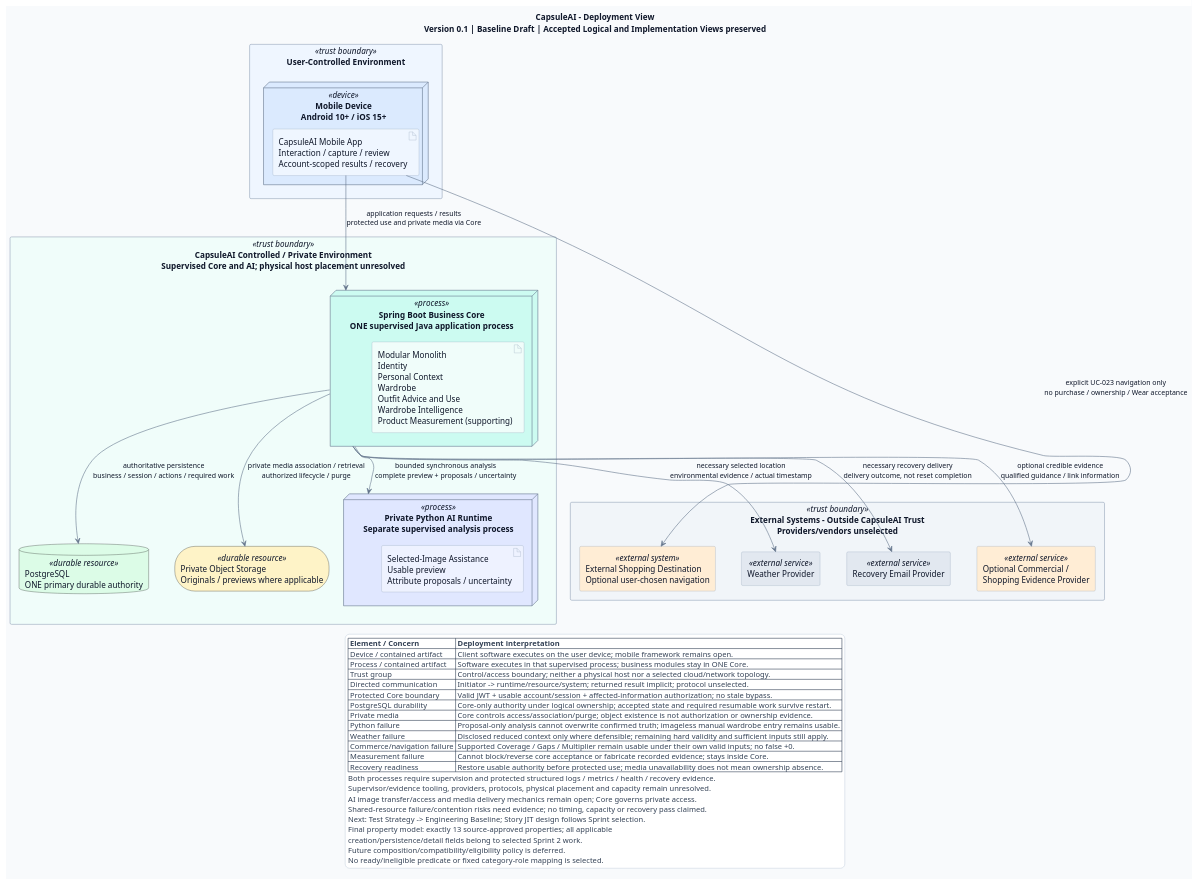
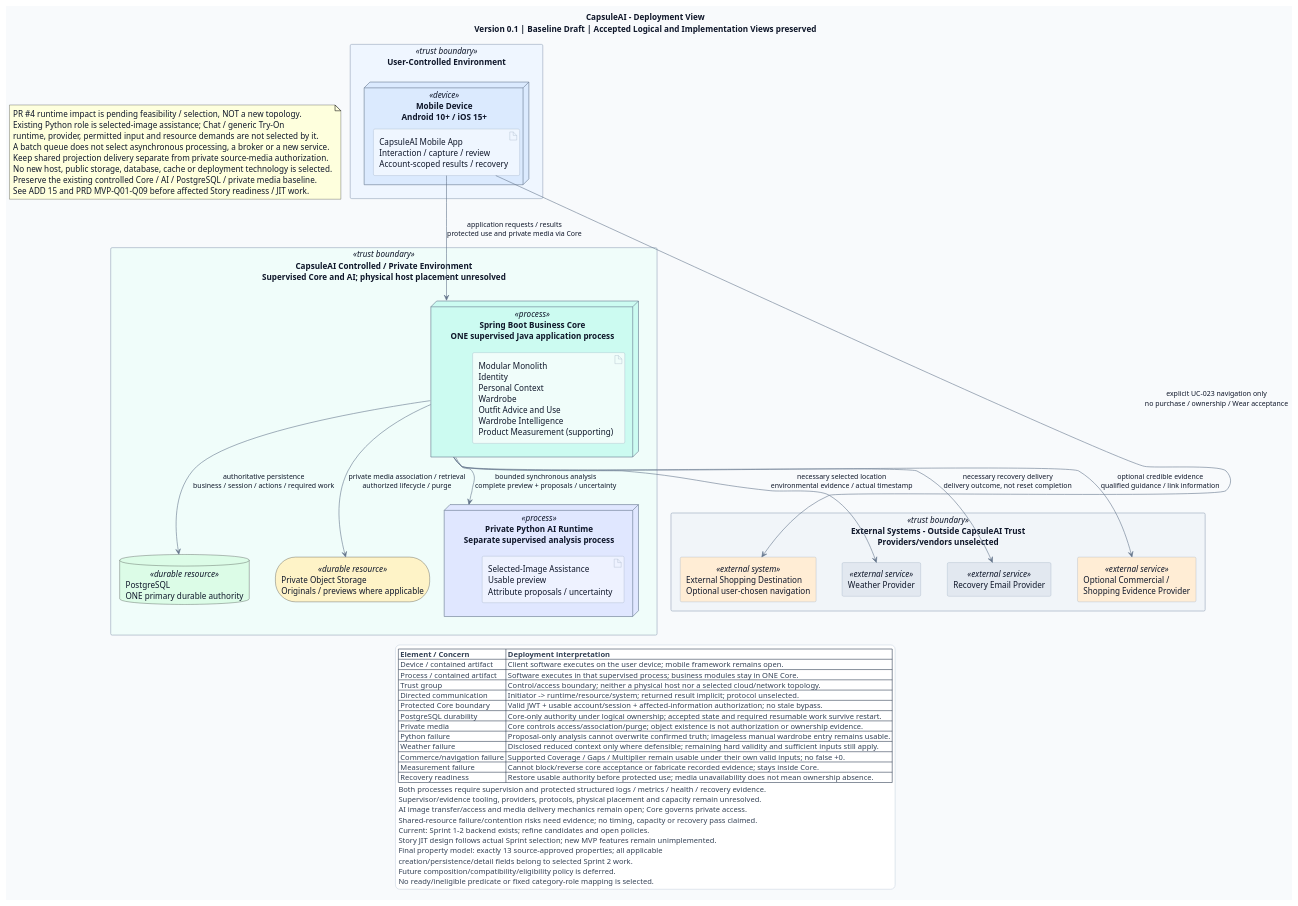
The diagram in docs/04-architecture/views/deployment-view.puml (luubinhdeptrai/CapsuleAI), drawn with PlantUML before and after one commit. The commit also changed 89 other files, not shown here.

```diff
--- a/docs/04-architecture/views/deployment-view.puml
+++ b/docs/04-architecture/views/deployment-view.puml
@@ -1,153 +1,167 @@
 @startuml
+' 2026-11-09: PR #4 / DD-007 impact; approved capability scope, new allocation unselected.
+' See ADD Section 15 and PRD MVP-Q01-Q10; existing selected modules/runtime/store choices preserved.
 ' Product update 2026-11-05: Initial files/Image to Properties Extraction.md is property authority.
 ' No owner/boundary/deployment selection changes; eligibility policy is deferred.
 ' Artifact: CapsuleAI Deployment View
 ' Version: 0.1; Status: Baseline Draft; Date: 2026-10-11
 ' Primary Sources: ADD v0.1.2, Selected Architecture Decisions v0.1.3 (ADA-001-018 Selected),
 ' approved Logical View v0.1 and approved Implementation View v0.1.
 ' Human acceptance of both existing views is explicit in this Deployment View task.
 ' Source versions are authoring inputs; subsequent navigation-only patches preserve meaning.
 ' Navigation update only, 2026-10-11: all three preceding views human-accepted; Data v0.1 exists.
 ' Runtime/resources/trust boundaries unchanged; 2026-10-20 handoff: Test Strategy, then Engineering Baseline.
 ' Process: Initial files/CapsuleAI_Scrum_Development_Workflow.md, Sections 23/39-43/46.
 ' Scope: runtime processes, deployment nodes, durable resources, external systems, communication
 ' and trust boundaries. Controlled environment denotes control, not a physical host or cloud.
 ' Not Scope: physical schema, exact cloud topology, infrastructure-as-code, network configuration,
 ' source-code internals, detailed sequences/states, provider contracts or a Data View.
 ' Repository inspection: 68 existing documentation/reference files; no source/build/config baseline.
 ' Current requirements: BRD v0.3, PRD v0.2, SRS v0.3, Business Rules v0.1.2;
 ' master Use Case Diagram, all 23 UC specifications and 12 Activity Diagrams.
 ' QA/ASR/ADA/ADD, Scrum sources and historical/reference context were re-read;
 ' complete current Implementation View re-read immediately before drawing; no owner redesign.
 '
 ' Traceability: Core/PG authority -> ADA-001/002/003/008/009/016; ASR-SEC-001, REL-001/002.
 ' AI/media -> ADA-004/005/007/012/013; ASR-PERF-001, SEC-002, INT-001; UC-007/010.
 ' Providers/navigation -> ADA-006/010/018; ASR-INT-001; UC-004/006/021-023, SI-002-004.
 ' Supervision/protected evidence -> ADA-013/014; ASR-REL-002/TEST-001; QA-REL-03/SUP-01.
 ' Internal boundaries remain those accepted in Logical/Implementation Views (ADA-015-018).
 '
 ' Validation evidence remains required, not achieved by this view (SRS Sections 2.3/12.3):
 ' NFR-PERF-001: p95 <=5 s from accepted post-transfer analysis to BOTH usable preview/proposals;
 ' include actual core/AI/media/result overhead, exclude initial upload and user review time.
 ' NFR-PERF-002: p95 <3 s from accepted request with context to FIRST COMPLETE daily result,
 ' exactly 100 confirmed garments; evaluation runs in Core using current authoritative inputs.
 ' NFR-TEST-003: 5 warm-ups, >=100 measured runs, legitimate slow runs retained, reference
 ' device/network/environment recorded. NFR-SCA-002: 20 active users is separate integrity evidence.
 ' NFR-REL-003: restore authorized core operation <=5 minutes after recoverable validation restart,
 ' accepted state intact and applicable fallbacks available; no production SLA, disaster RPO or pass.
 ' No timeout is inferred from a p95 target; numeric AI waiting policy remains downstream.
 '
 ' PostgreSQL tracks restart-surviving required owner work: association/physical deletion/retention/
 ' recovery where applicable. Local in-memory events/timers and optional measurement are insufficient.
 ' Immediate effective withdrawal is distinct from later physical purge (DATA-RET-001-003).
 ' Applicable copies/versions follow the same lifecycle; exact work scheduling/retry remains open.
 ' PG and private media are separate durable resources; no cross-resource atomicity is claimed.
 ' Python has no direct confirmed business-state or PG access; analysis never confirms a garment.
 ' AI image transfer/access and temporary authorized media delivery mechanics remain unresolved;
 ' therefore there is no direct AI or Mobile -> Object Storage path in this baseline.
 '
 ' Commercial evidence and External Shopping Destination are distinct external roles, possibly
 ' supplied by the same system; this does not require two vendors or new shopping integration.
 ' Core qualifies available evidence/link information; Mobile carries the explicit UC-023 handoff.
 ' The navigation arrow allocates client interaction, not a browser/deep-link/redirect mechanism.
 ' No purchase/ownership/Wear acceptance or unrelated private-data disclosure follows navigation.
 ' Weather acquisition retains UC-006 authority; consuming assessments use its resulting context.
 ' Personal selected-image assistance is purpose-limited; no MVP personal-data training/improvement.
 '
 ' Open: physical hosts/counts/co-location, resource sizing/model compute, runtime versions,
 ' providers/hosting, process supervisor, protocols/ports, AI image transfer, media delivery,
 ' operating evidence tooling, durable-work/recovery mechanics; resolve from actual evidence.
 ' Process separation establishes neither host separation nor immunity to shared-resource failure.
 ' No dedicated cache, broker, independently deployed business modules or cloud platform is added.
 ' Notation checked against official PlantUML documentation via Context7, 2026-10-11:
 ' https://plantuml.com/deployment-diagram and https://plantuml.com/command-line
 
 title CapsuleAI - Deployment View\nVersion 0.1 | Baseline Draft | Accepted Logical and Implementation Views preserved
 top to bottom direction
 skinparam backgroundColor #F8FAFC
 skinparam shadowing false
 skinparam defaultFontSize 14
 skinparam ArrowFontSize 12
 skinparam defaultFontColor #0F172A
 skinparam ArrowColor #64748B
 skinparam nodesep 45
 skinparam ranksep 65
 skinparam rectangle {
   BorderColor #94A3B8
   FontColor #0F172A
 }
 skinparam node {
   BorderColor #64748B
   FontColor #0F172A
 }
 skinparam artifact {
   BorderColor #94A3B8
   FontColor #0F172A
 }
 skinparam legend {
   BackgroundColor #FFFFFF
   BorderColor #CBD5E1
   FontColor #334155
   FontSize 13
 }
 
 rectangle "User-Controlled Environment" as UserBoundary <<trust boundary>> #EFF6FF {
     node "Mobile Device\nAndroid 10+ / iOS 15+" as Device <<device>> #DBEAFE {
         artifact "CapsuleAI Mobile App\nInteraction / capture / review\nAccount-scoped results / recovery" as Mobile #EFF6FF
     }
 }
 
 rectangle "CapsuleAI Controlled / Private Environment\nSupervised Core and AI; physical host placement unresolved" as PrivateBoundary <<trust boundary>> #F0FDFA {
     node "Spring Boot Business Core\nONE supervised Java application process" as Core <<process>> #CCFBF1 {
         artifact "Modular Monolith\nIdentity\nPersonal Context\nWardrobe\nOutfit Advice and Use\nWardrobe Intelligence\nProduct Measurement (supporting)" as BusinessApp #F0FDFA
     }
     node "Private Python AI Runtime\nSeparate supervised analysis process" as AI <<process>> #E0E7FF {
         artifact "Selected-Image Assistance\nUsable preview\nAttribute proposals / uncertainty" as Analysis #EEF2FF
     }
     database "PostgreSQL\nONE primary durable authority" as DB <<durable resource>> #DCFCE7
     storage "Private Object Storage\nOriginals / previews where applicable" as Media <<durable resource>> #FEF3C7
 }
 
 rectangle "External Systems - Outside CapsuleAI Trust\nProviders/vendors unselected" as ExternalBoundary <<trust boundary>> #F1F5F9 {
     rectangle "Weather Provider" as Weather <<external service>> #E2E8F0
     rectangle "Recovery Email Provider" as Email <<external service>> #E2E8F0
     rectangle "Optional Commercial /\nShopping Evidence Provider" as Commerce <<external service>> #FFEDD5
     rectangle "External Shopping Destination\nOptional user-chosen navigation" as Destination <<external system>> #FFEDD5
 }
 
 ' Communication arrows show initiation direction; returned evidence/results are implicit.
 ' Registration/login/recovery also use Mobile-Core; JWT/session/ownership gates protected use.
 Mobile --> Core : application requests / results\nprotected use and private media via Core
 Core --> AI : bounded synchronous analysis\ncomplete preview + proposals / uncertainty
 Core --> DB : authoritative persistence\nbusiness / session / actions / required work
 Core --> Media : private media association / retrieval\nauthorized lifecycle / purge
 Core --> Weather : necessary selected location\nenvironmental evidence / actual timestamp
 Core --> Email : necessary recovery delivery\ndelivery outcome, not reset completion
 Core --> Commerce : optional credible evidence\nqualified guidance / link information
 Mobile -[norank]-> Destination : explicit UC-023 navigation only\nno purchase / ownership / Wear acceptance
 
+note as MVPImpact
+  PR #4 runtime impact is pending feasibility / selection, NOT a new topology.
+  Existing Python role is selected-image assistance; Chat / generic Try-On
+  runtime, provider, permitted input and resource demands are not selected by it.
+  A batch queue does not select asynchronous processing, a broker or a new service.
+  Keep shared projection delivery separate from private source-media authorization.
+  No new host, public storage, database, cache or deployment technology is selected.
+  Preserve the existing controlled Core / AI / PostgreSQL / private media baseline.
+  See ADD 15 and PRD MVP-Q01-Q09 before affected Story readiness / JIT work.
+end note
+
 legend bottom
   |= Element / Concern |= Deployment interpretation |
   | Device / contained artifact | Client software executes on the user device; mobile framework remains open. |
   | Process / contained artifact | Software executes in that supervised process; business modules stay in ONE Core. |
   | Trust group | Control/access boundary; neither a physical host nor a selected cloud/network topology. |
   | Directed communication | Initiator -> runtime/resource/system; returned result implicit; protocol unselected. |
   | Protected Core boundary | Valid JWT + usable account/session + affected-information authorization; no stale bypass. |
   | PostgreSQL durability | Core-only authority under logical ownership; accepted state and required resumable work survive restart. |
   | Private media | Core controls access/association/purge; object existence is not authorization or ownership evidence. |
   | Python failure | Proposal-only analysis cannot overwrite confirmed truth; imageless manual wardrobe entry remains usable. |
   | Weather failure | Disclosed reduced context only where defensible; remaining hard validity and sufficient inputs still apply. |
   | Commerce/navigation failure | Supported Coverage / Gaps / Multiplier remain usable under their own valid inputs; no false +0. |
   | Measurement failure | Cannot block/reverse core acceptance or fabricate recorded evidence; stays inside Core. |
   | Recovery readiness | Restore usable authority before protected use; media unavailability does not mean ownership absence. |
   Both processes require supervision and protected structured logs / metrics / health / recovery evidence.
   Supervisor/evidence tooling, providers, protocols, physical placement and capacity remain unresolved.
   AI image transfer/access and media delivery mechanics remain open; Core governs private access.
   Shared-resource failure/contention risks need evidence; no timing, capacity or recovery pass claimed.
-  Next: Test Strategy -> Engineering Baseline; Story JIT design follows Sprint selection.
+  Current: Sprint 1-2 backend exists; refine candidates and open policies.
+  Story JIT design follows actual Sprint selection; new MVP features remain unimplemented.
   Final property model: exactly 13 source-approved properties; all applicable
   creation/persistence/detail fields belong to selected Sprint 2 work.
   Future composition/compatibility/eligibility policy is deferred.
   No ready/ineligible predicate or fixed category-role mapping is selected.
 endlegend
 @enduml
```
